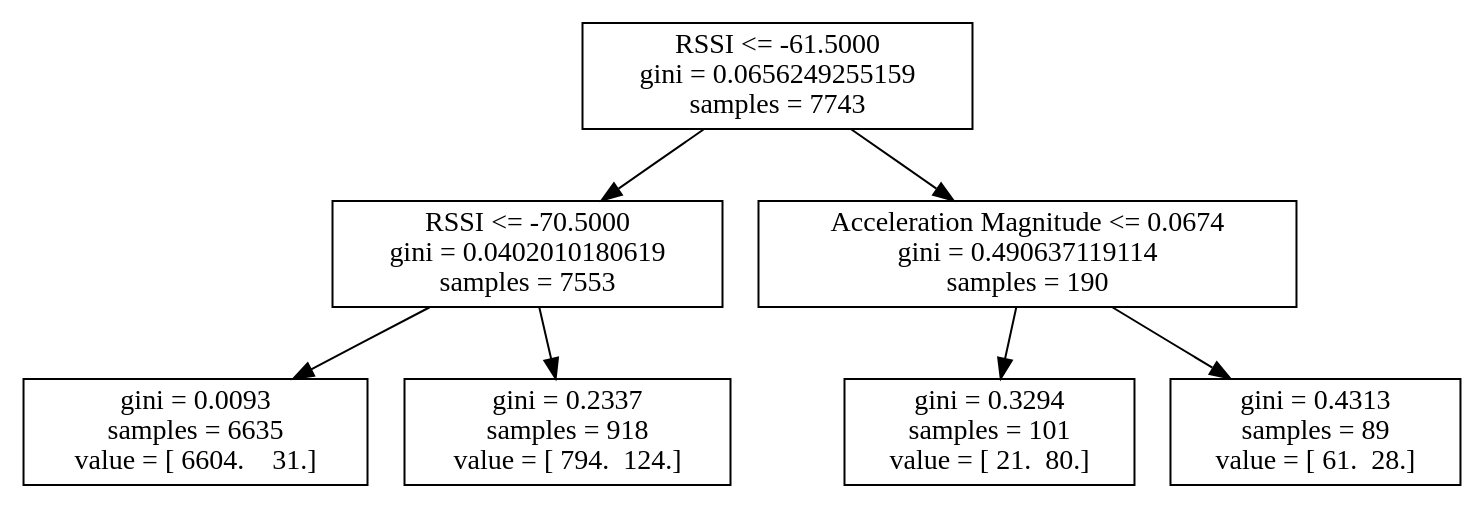
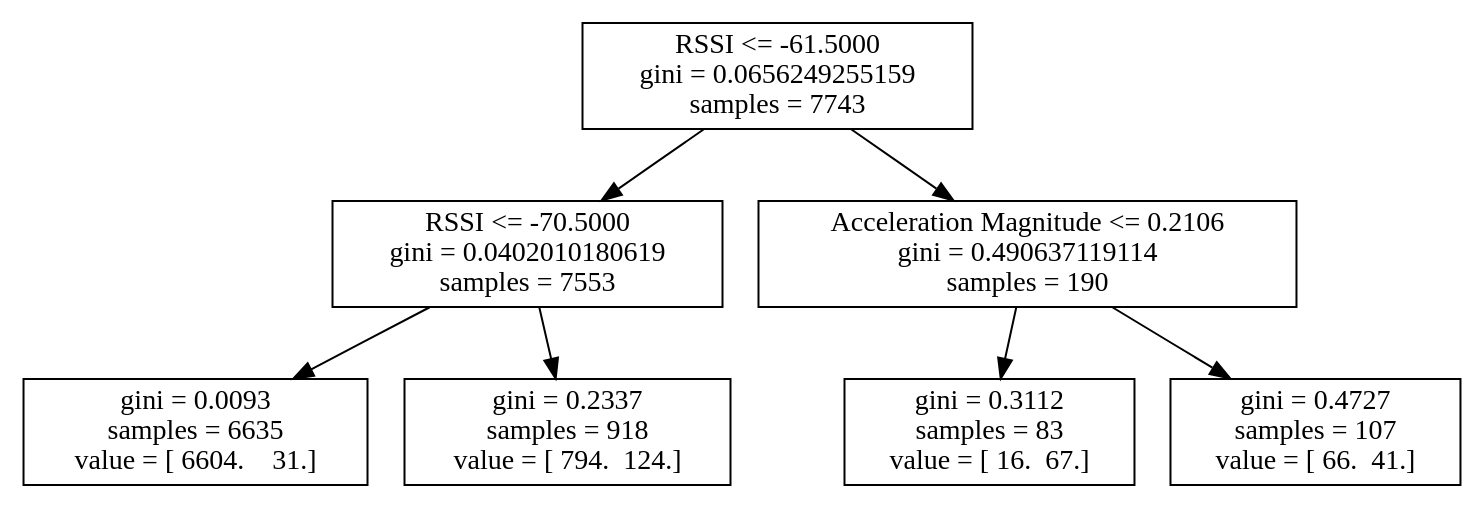
The diagram in logs/4_19/log17.dot (atitus5/6s062-Project), drawn with Graphviz before and after one commit. The commit also changed 69 other files, not shown here.

```diff
--- a/logs/4_19/log17.dot
+++ b/logs/4_19/log17.dot
@@ -1,15 +1,15 @@
 digraph Tree {
 0 [label="RSSI <= -61.5000\ngini = 0.0656249255159\nsamples = 7743", shape="box"] ;
 1 [label="RSSI <= -70.5000\ngini = 0.0402010180619\nsamples = 7553", shape="box"] ;
 0 -> 1 ;
 2 [label="gini = 0.0093\nsamples = 6635\nvalue = [ 6604.    31.]", shape="box"] ;
 1 -> 2 ;
 3 [label="gini = 0.2337\nsamples = 918\nvalue = [ 794.  124.]", shape="box"] ;
 1 -> 3 ;
-4 [label="Acceleration Magnitude <= 0.0674\ngini = 0.490637119114\nsamples = 190", shape="box"] ;
+4 [label="Acceleration Magnitude <= 0.2106\ngini = 0.490637119114\nsamples = 190", shape="box"] ;
 0 -> 4 ;
-5 [label="gini = 0.3294\nsamples = 101\nvalue = [ 21.  80.]", shape="box"] ;
+5 [label="gini = 0.3112\nsamples = 83\nvalue = [ 16.  67.]", shape="box"] ;
 4 -> 5 ;
-6 [label="gini = 0.4313\nsamples = 89\nvalue = [ 61.  28.]", shape="box"] ;
+6 [label="gini = 0.4727\nsamples = 107\nvalue = [ 66.  41.]", shape="box"] ;
 4 -> 6 ;
 }
```
